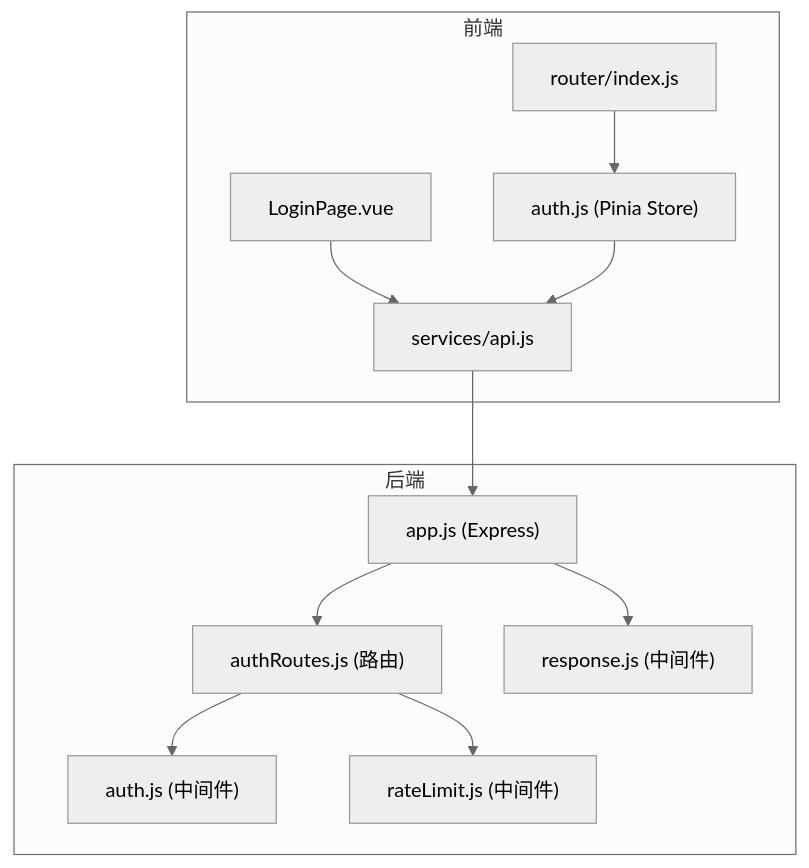
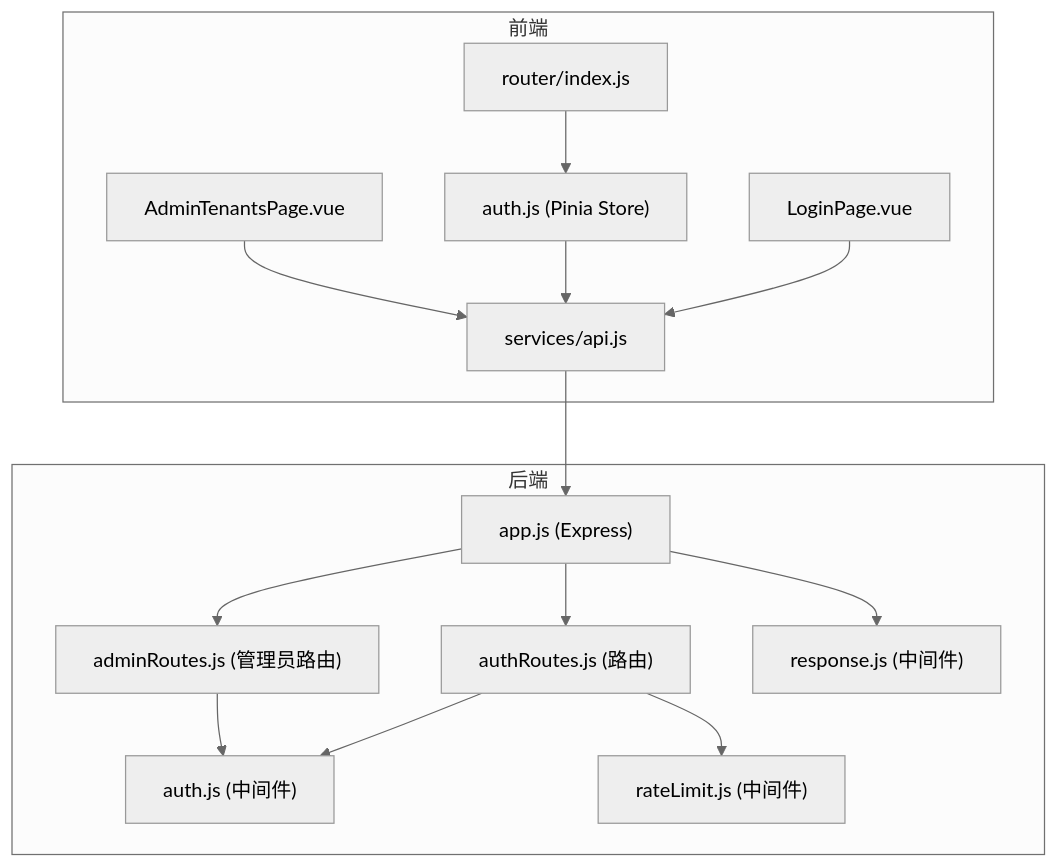
One commit to Juny09/inventory_system changed the first of 10 diagrams in .qoder/repowiki/zh/content/核心功能模块/用户认证模块.md. Above: the diagram before and after it, drawn with Mermaid (neutral theme). The commit also changed other lines of this file and 53 other files, not shown here.

````diff
--- a/.qoder/repowiki/zh/content/核心功能模块/用户认证模块.md
+++ b/.qoder/repowiki/zh/content/核心功能模块/用户认证模块.md
@@ -54,24 +69,29 @@
 ```mermaid
 graph TB
 subgraph "前端"
 A["LoginPage.vue"]
 B["auth.js (Pinia Store)"]
 C["router/index.js"]
 D["services/api.js"]
+E["AdminTenantsPage.vue"]
 end
 subgraph "后端"
-E["app.js (Express)"]
-F["authRoutes.js (路由)"]
-G["auth.js (中间件)"]
-H["rateLimit.js (中间件)"]
-I["response.js (中间件)"]
+F["app.js (Express)"]
+G["authRoutes.js (路由)"]
+H["adminRoutes.js (管理员路由)"]
+I["auth.js (中间件)"]
+J["rateLimit.js (中间件)"]
+K["response.js (中间件)"]
 end
 A --> D
-D --> E
-E --> F
+D --> F
 F --> G
 F --> H
-E --> I
+G --> I
+H --> I
+G --> J
+F --> K
 C --> B
 B --> D
+E --> D
 ```
````
